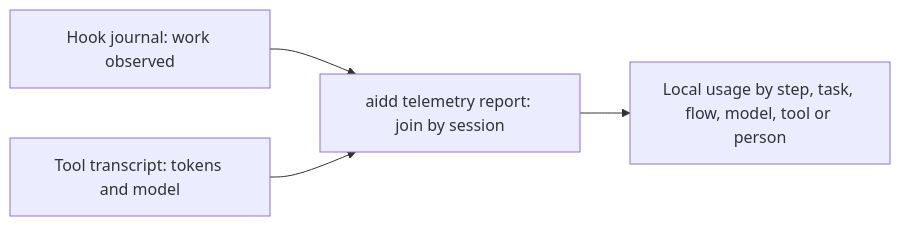
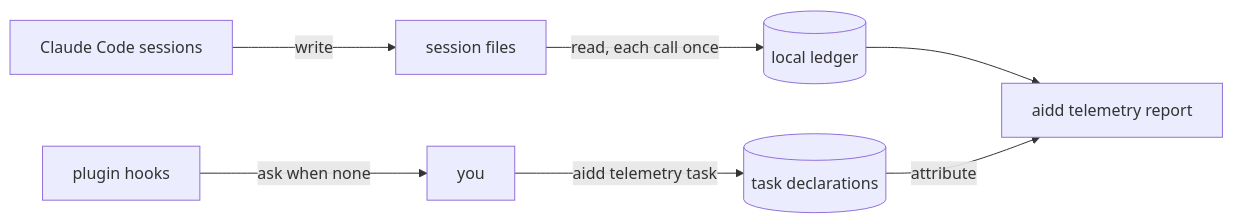
One commit to BlandineRdl/framework changed the diagram in plugins/aidd-telemetry/README.md. Above: the diagram before and after it, drawn with Mermaid. The commit also changed other lines of this file and 662 other files, not shown here.

First line of the commit message:
feat(telemetry): deterministic claude code token measurement, release 1 (#993)

````diff
--- a/plugins/aidd-telemetry/README.md
+++ b/plugins/aidd-telemetry/README.md
@@ -32,6 +11,9 @@
 ```mermaid
 flowchart LR
-  Journal["Hook journal: work observed"] --> Report["aidd telemetry report: join by session"]
-  Transcript["Tool transcript: tokens and model"] --> Report
-  Report --> Results["Local usage by step, task, flow, model, tool or person"]
+  Claude["Claude Code sessions"] -->|"write"| Files["session files"]
+  Files -->|"read, each call once"| Ledger[("local ledger")]
+  You["you"] -->|"aidd telemetry task"| Tasks[("task declarations")]
+  Hooks["plugin hooks"] -->|"ask when none"| You
+  Ledger --> Report["aidd telemetry report"]
+  Tasks -->|"attribute"| Report
 ```
````
